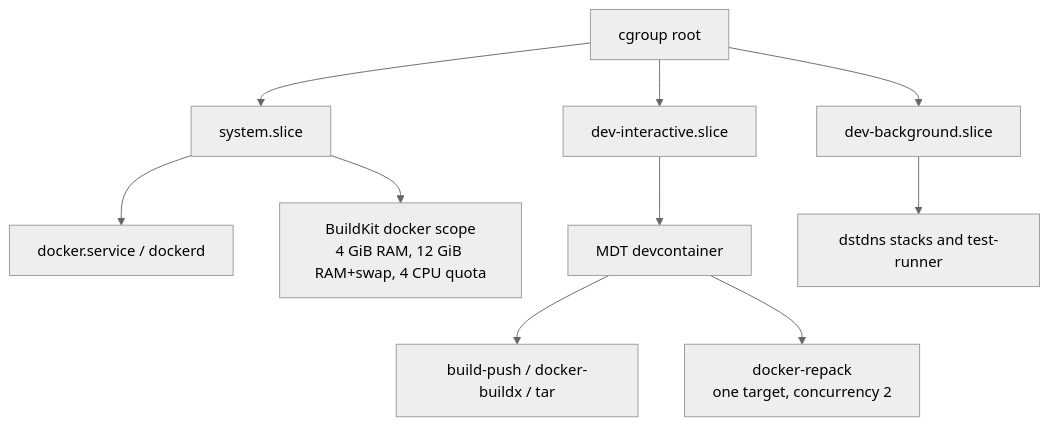
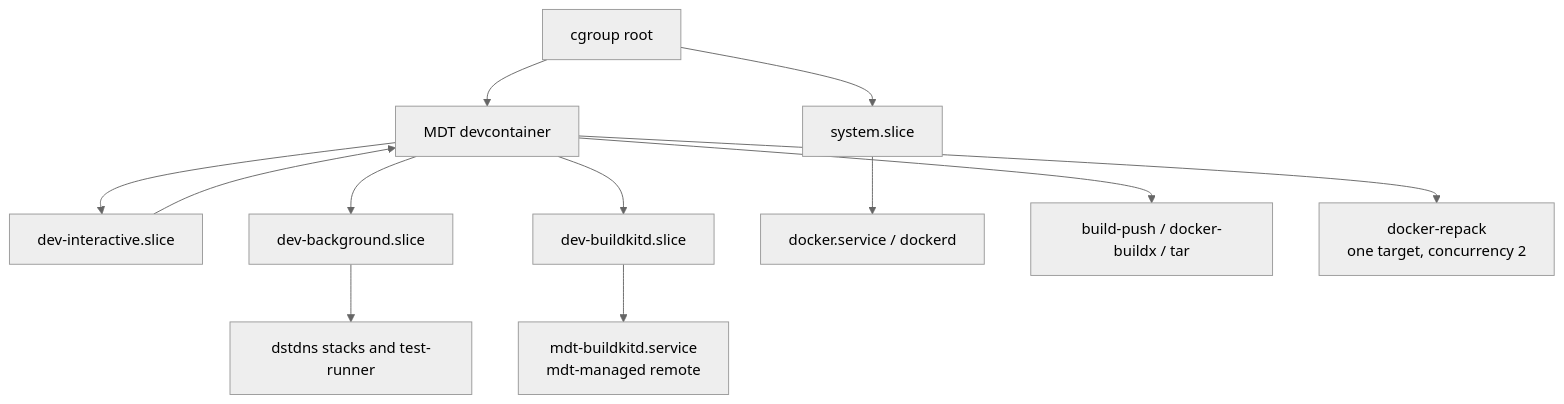
The second of 2 diagrams in modern-debian-tools-python-debug/docs/BUILD-ARCHITECTURE.md (volkb79-2/vbpub), drawn with Mermaid (neutral theme) before and after one commit. The commit also changed other lines of this file and 27 other files, not shown here.

Commit message:
feat(mdt): add BuildKit governance

````diff
--- a/modern-debian-tools-python-debug/docs/BUILD-ARCHITECTURE.md
+++ b/modern-debian-tools-python-debug/docs/BUILD-ARCHITECTURE.md
@@ -126,12 +174,14 @@
 ```mermaid
 flowchart TD
     R[cgroup root] --> S[system.slice]
-    R --> I[dev-interactive.slice]
-    R --> B[dev-background.slice]
+    R --> V[dev.slice]
+    V --> I[dev-interactive.slice]
+    V --> B[dev-background.slice]
+    V --> K[dev-buildkitd.slice]
     S --> D[docker.service / dockerd]
-    S --> K[BuildKit docker scope<br/>4 GiB RAM, 12 GiB RAM+swap, 4 CPU quota]
+    K --> W[mdt-buildkitd.service<br/>mdt-managed remote]
     I --> V[MDT devcontainer]
     V --> C[build-push / docker-buildx / tar]
     V --> P[docker-repack<br/>one target, concurrency 2]
     B --> T[dstdns stacks and test-runner]
 ```
````
